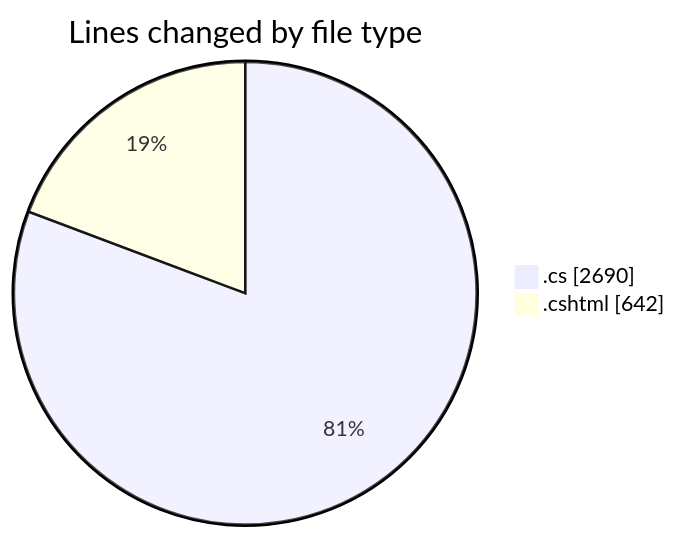
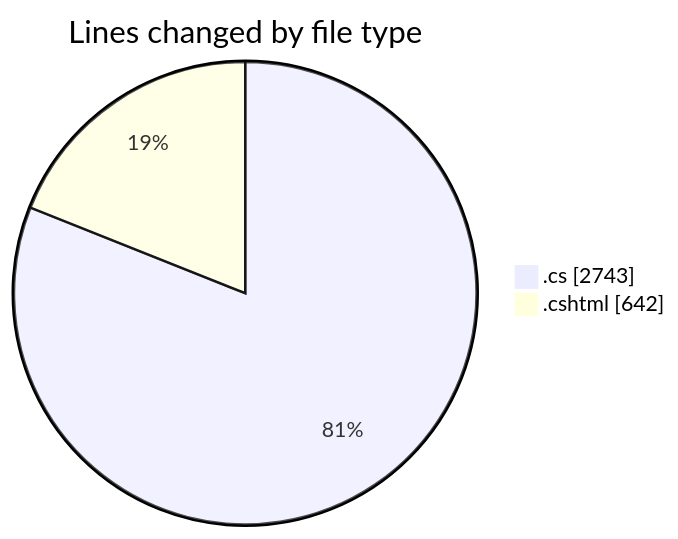
The first of 2 diagrams in 2025-07-15/nhahang/README.md (lephambinh05/code-tracking), drawn with Mermaid before and after one commit. The commit also changed other lines of this file and 1 other file, not shown here.

````diff
--- a/2025-07-15/nhahang/README.md
+++ b/2025-07-15/nhahang/README.md
@@ -75,6 +76,6 @@
 ```mermaid
 pie showData
 title Lines changed by file type
-".cs" : 2690
+".cs" : 2743
 ".cshtml" : 642
 ```
````
